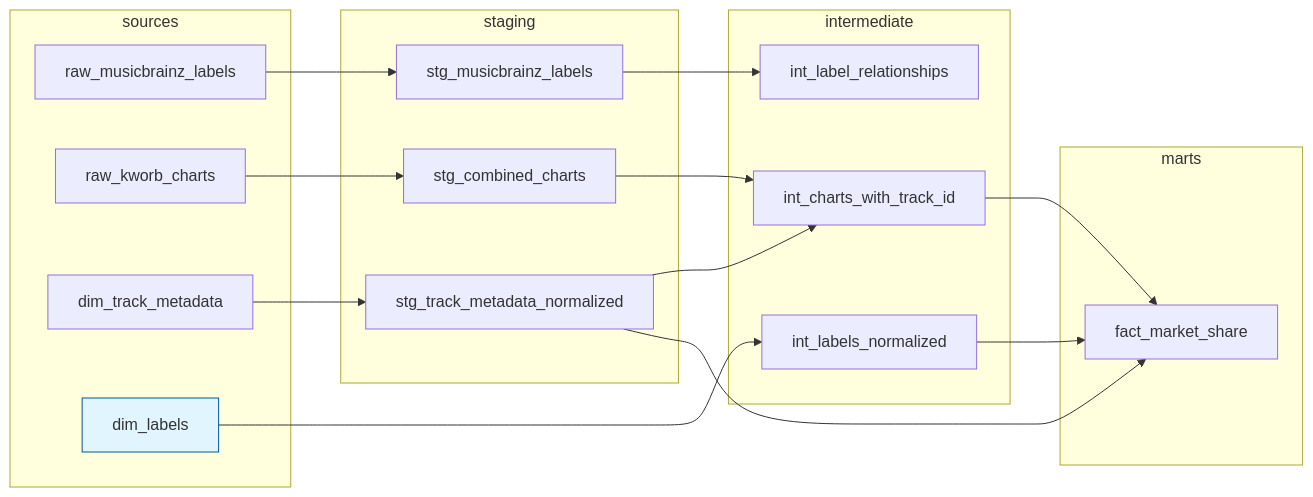
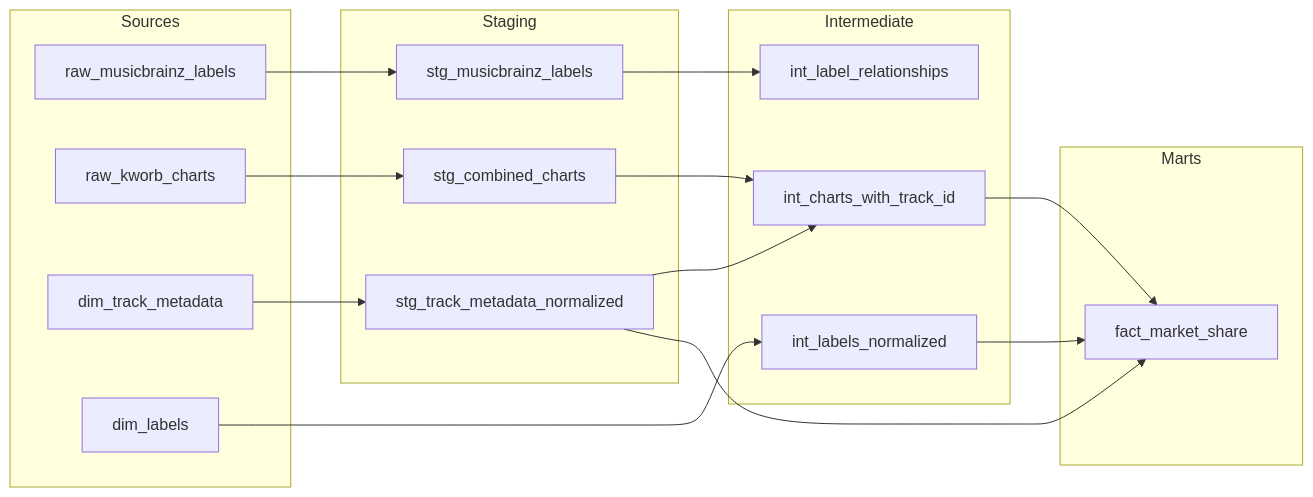
The third of 3 diagrams in README.md (gustavlan/streaming-market-signals), drawn with Mermaid before and after one commit. The commit also changed 1 other file, not shown here.

Commit message:
update mermaid chart to fix weird display of python model

````diff
--- a/README.md
+++ b/README.md
@@ -65,35 +65,33 @@
 ```mermaid
 flowchart LR
-    subgraph sources
+    subgraph sources[Sources]
         S1[raw_musicbrainz_labels]
         S2[raw_kworb_charts]
         S3[dim_track_metadata]
-        S4[dim_labels]:::python
+        S4[dim_labels]
     end
     
-    subgraph staging
+    subgraph staging[Staging]
         STG1[stg_musicbrainz_labels]
         STG2[stg_combined_charts]
         STG3[stg_track_metadata_normalized]
     end
     
-    subgraph intermediate
+    subgraph intermediate[Intermediate]
         INT1[int_label_relationships]
         INT2[int_charts_with_track_id]
         INT3[int_labels_normalized]
     end
     
-    subgraph marts
+    subgraph marts[Marts]
         FACT[fact_market_share]
     end
     
     S1 --> STG1 --> INT1
     S2 --> STG2 --> INT2
     S3 --> STG3 --> INT2
     S4 --> INT3
     STG3 --> FACT
     INT3 --> FACT
     INT2 --> FACT
-    
-    classDef python fill:#e1f5fe,stroke:#01579b
 ```
````
